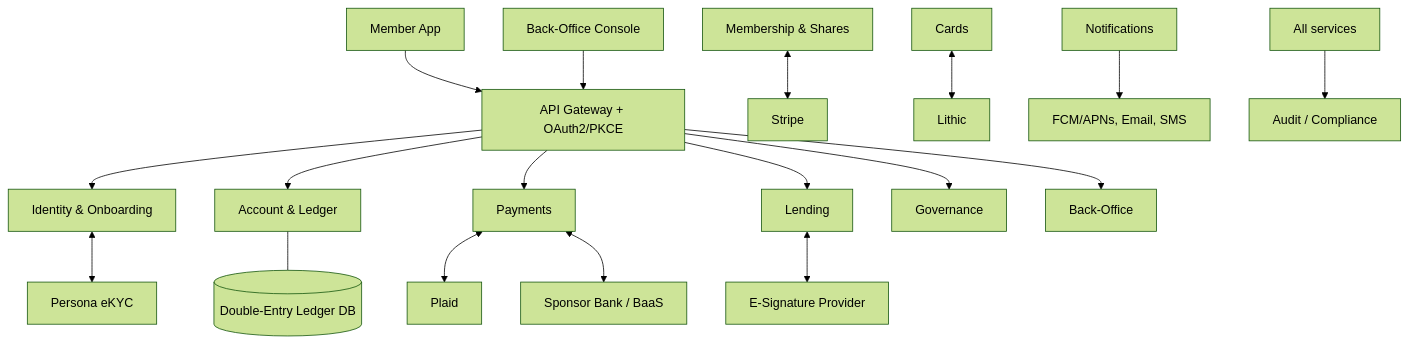
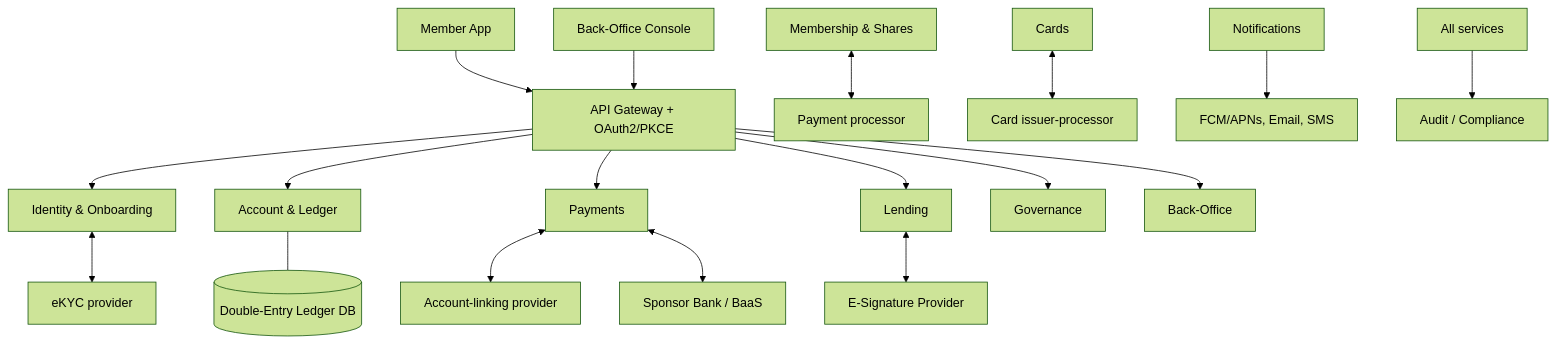
The first of 2 diagrams in idea-lab/final_requirements/04_technical_architecture.md (buya-v/digital_coop_bank), drawn with Mermaid (forest theme) before and after one commit. The commit also changed other lines of this file and 1 other file, not shown here.

First line of the commit message:
T1: remove US vendor names from 04_technical_architecture.md

````diff
--- a/idea-lab/final_requirements/04_technical_architecture.md
+++ b/idea-lab/final_requirements/04_technical_architecture.md
@@ -59,20 +59,20 @@
 ```mermaid
 graph TD
     MA[Member App] --> GW[API Gateway + OAuth2/PKCE]
     BO[Back-Office Console] --> GW
     GW --> S1[Identity & Onboarding]
     GW --> S3[Account & Ledger]
     GW --> S4[Payments]
     GW --> S6[Lending]
     GW --> S8[Governance]
     GW --> S12[Back-Office]
-    S1 <--> PERSONA[Persona eKYC]
-    S4 <--> PLAID[Plaid]
+    S1 <--> KYC[eKYC provider]
+    S4 <--> LINK[Account-linking provider]
     S4 <--> BAAS[Sponsor Bank / BaaS]
-    S2[Membership & Shares] <--> STRIPE[Stripe]
-    S5[Cards] <--> LITHIC[Lithic]
+    S2[Membership & Shares] <--> PAY[Payment processor]
+    S5[Cards] <--> CARDPROC[Card issuer-processor]
     S6 <--> ESIGN[E-Signature Provider]
     S11[Notifications] --> FCM[FCM/APNs, Email, SMS]
     S3 --- LEDGER[(Double-Entry Ledger DB)]
     ALL[All services] --> S13[Audit / Compliance]
 ```
````
